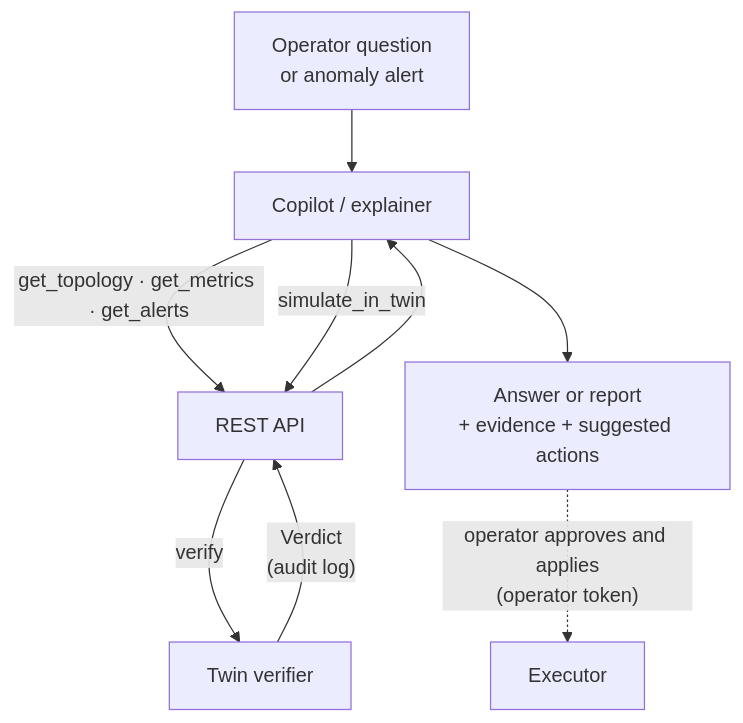
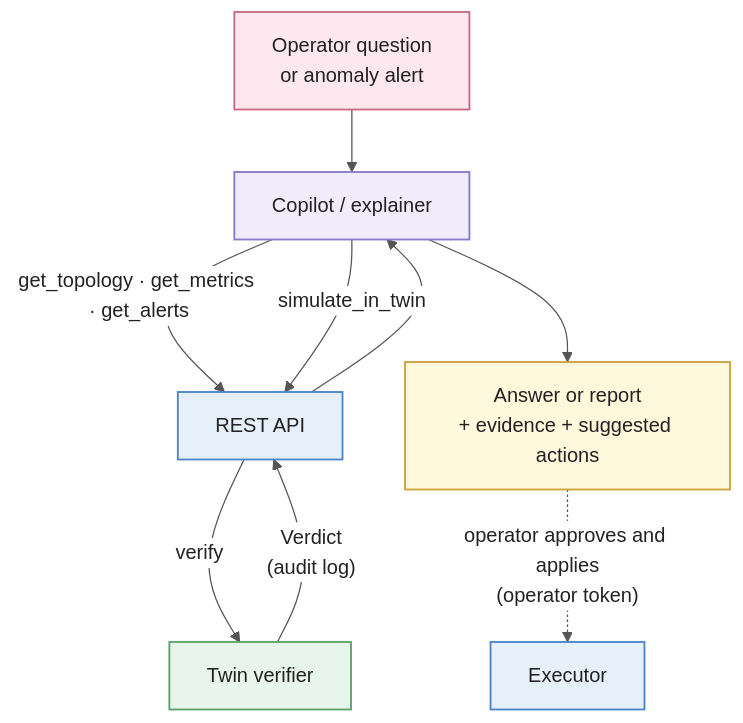
One commit to AggimallaAbhishek/Digital-Twin-SDN changed the third of 3 diagrams in docs/report/03_architecture.md. Above: the diagram before and after it, drawn with Mermaid. The commit also changed other lines of this file and 9 other files, not shown here.

Commit message:
style: add mermaid diagram themes, styling, and structural boxes to documentation figures

````diff
--- a/docs/report/03_architecture.md
+++ b/docs/report/03_architecture.md
@@ -151,11 +179,23 @@
 ```mermaid
+%%{init: {"theme": "base", "themeVariables": {"primaryColor": "#ffffff", "primaryTextColor": "#222222", "primaryBorderColor": "#666666", "lineColor": "#555555", "edgeLabelBackground": "#ffffff"}}}%%
 flowchart TB
     Q["Operator question<br/>or anomaly alert"] --> AG["Copilot / explainer"]
     AG -- "get_topology · get_metrics · get_alerts" --> API["REST API"]
     AG -- "simulate_in_twin" --> API
     API -- "verify" --> TW["Twin verifier"]
     TW -- "Verdict<br/>(audit log)" --> API
     API --> AG
     AG --> R["Answer or report<br/>+ evidence + suggested actions"]
     R -. "operator approves and applies<br/>(operator token)" .-> EX["Executor"]
+
+    classDef op fill:#FCE8EE,stroke:#C96B86,stroke-width:1.5px
+    classDef intel fill:#F1ECFB,stroke:#8B7BC8,stroke-width:1.5px
+    classDef api fill:#E6F0FA,stroke:#4F86C6,stroke-width:1.5px
+    classDef twin fill:#E8F5EC,stroke:#5FA36E,stroke-width:1.5px
+    classDef out fill:#FFF8DC,stroke:#C9A43A,stroke-width:1.5px
+    class Q op
+    class AG intel
+    class API,EX api
+    class TW twin
+    class R out
 ```
````
